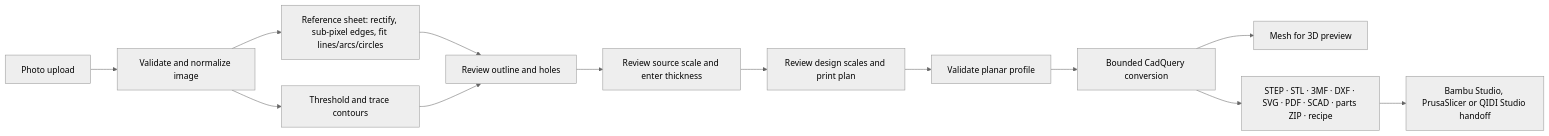
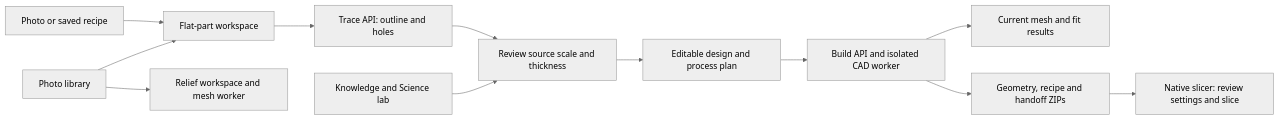
One commit to bartytime4life/Pictures-to-3D-CAD-Models changed the diagram in docs/architecture.md. Above: the diagram before and after it, drawn with Mermaid (neutral theme). The commit also changed other lines of this file and 32 other files, not shown here.

Commit message:
Reorganize project guides and preserve studio review evidence

````diff
--- a/docs/architecture.md
+++ b/docs/architecture.md
@@ -27,15 +7,14 @@
 ```mermaid
 flowchart LR
-    A[Photo upload] --> B[Validate and normalize image]
-    B --> C[Threshold and trace contours]
-    B --> R[Reference sheet: rectify, sub-pixel edges, fit lines/arcs/circles]
-    R --> D
-    C --> D[Review outline and holes]
-    D --> E[Review source scale and enter thickness]
-    E --> J[Review design scales and print plan]
-    J --> F[Validate planar profile]
-    F --> G[Bounded CadQuery conversion]
-    G --> H[Mesh for 3D preview]
-    G --> I[STEP · STL · 3MF · DXF · SVG · PDF · SCAD · parts ZIP · recipe]
-    I --> K[Bambu Studio, PrusaSlicer or QIDI Studio handoff]
+    P[Photo or saved recipe] --> W[Flat-part workspace]
+    W --> T[Trace API: outline and holes]
+    T --> M[Review source scale and thickness]
+    M --> D[Editable design and process plan]
+    D --> B[Build API and isolated CAD worker]
+    B --> V[Current mesh and fit results]
+    B --> E[Geometry, recipe and handoff ZIPs]
+    E --> S[Native slicer: review settings and slice]
+    L[Photo library] --> W
+    L --> R[Relief workspace and mesh worker]
+    K[Knowledge and Science lab] --> M
 ```
````
